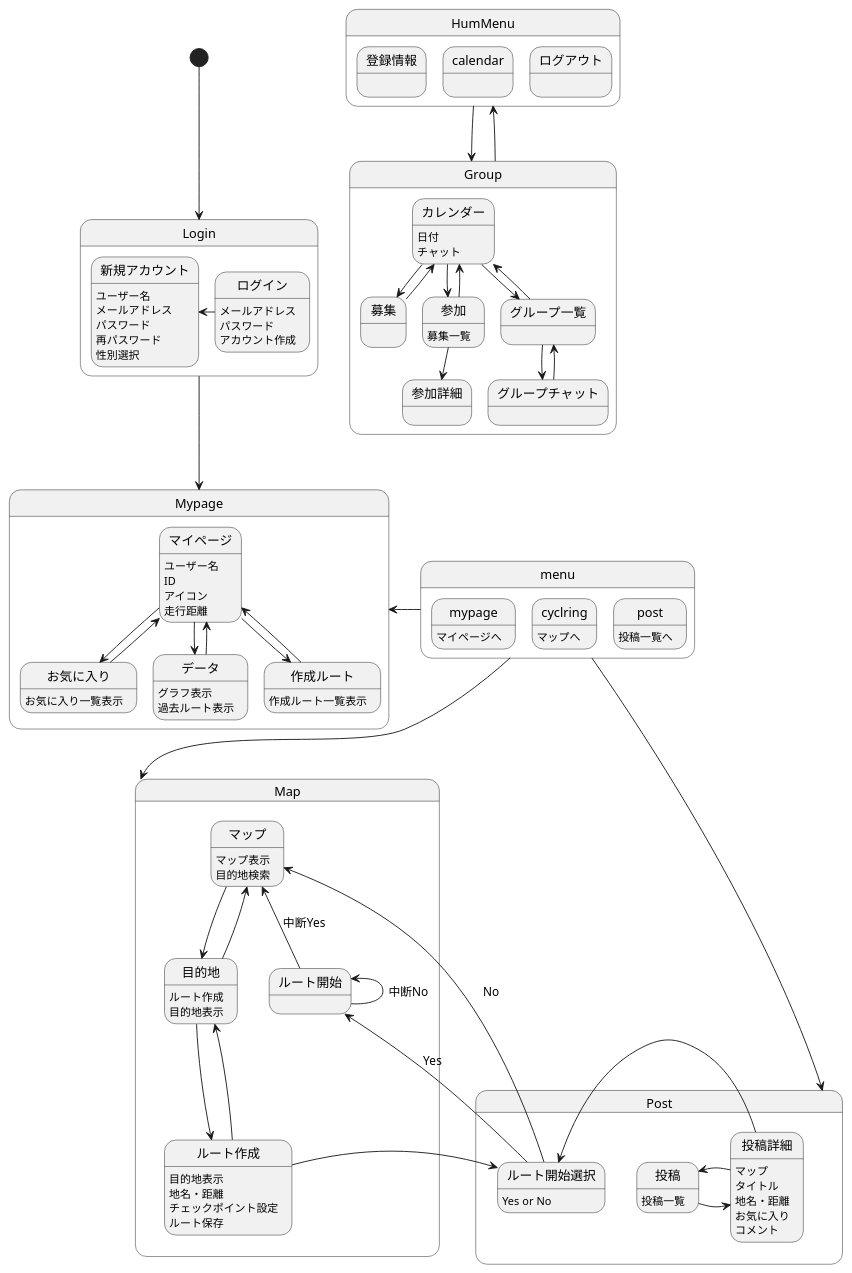
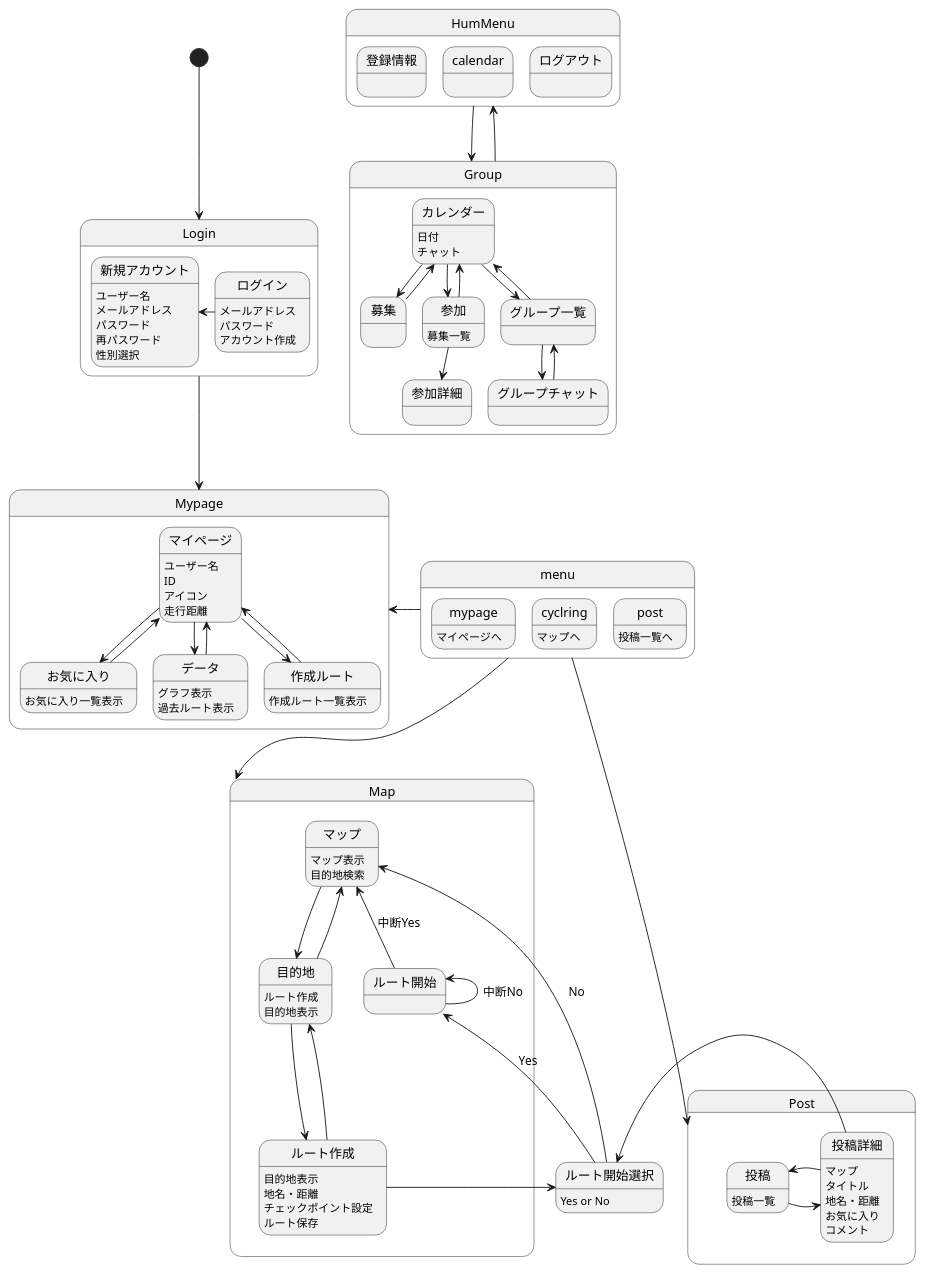
One commit to AsoSD3A3/CyclingSystem changed the diagram in 画面遷移図/gm.md. Above: the diagram before and after it, drawn with PlantUML. The commit also changed other lines of this file, not shown here.

```diff
--- a/画面遷移図/gm.md
+++ b/画面遷移図/gm.md
@@ -81,9 +81,9 @@
 投稿詳細:地名・距離
 投稿詳細:お気に入り
 投稿詳細:コメント
-投稿詳細-left->ルート開始選択
 }
 
+投稿詳細-left->ルート開始選択
 state Map{
 
 マップ:マップ表示
```
